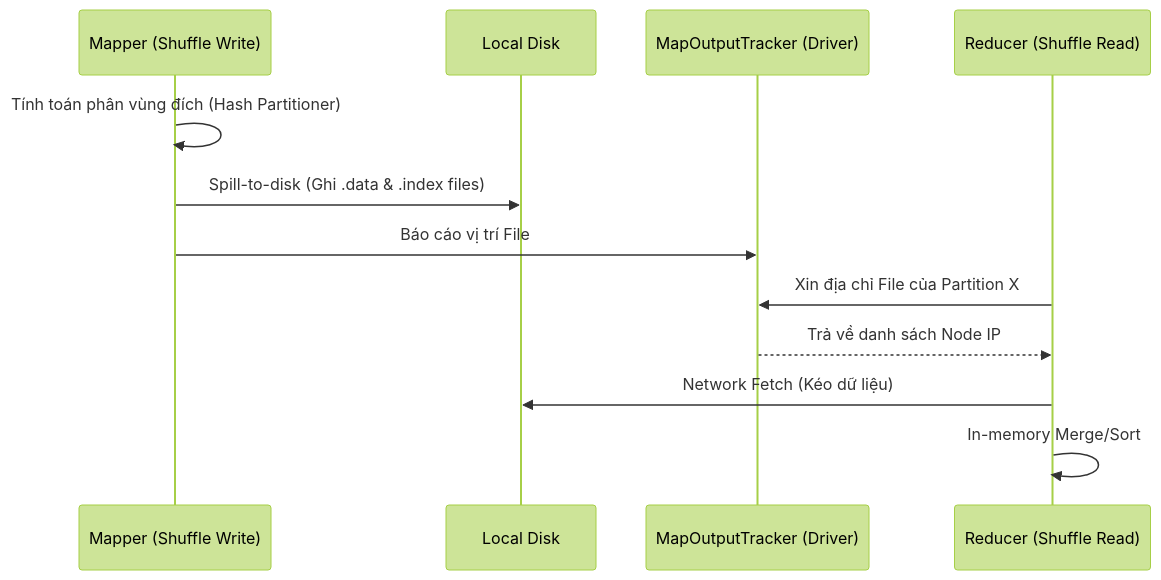
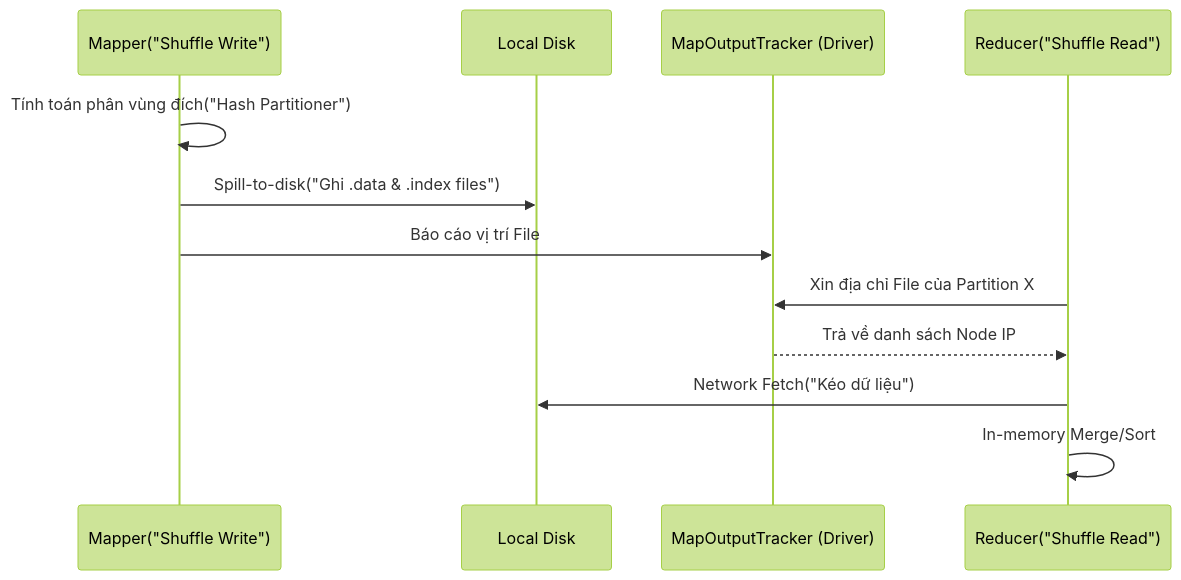
One commit to kythuatdulieu/kythuatdulieu.github.io changed the diagram in src/content/docs/concepts/4-compute-engines-batch/shuffle.md. Above: the diagram before and after it, drawn with Mermaid (forest theme). The commit also changed 190 other files, not shown here.

Commit message:
fix: resolve mermaid syntax, math rendering, and metadata issues from content rewrite

````diff
--- a/src/content/docs/concepts/4-compute-engines-batch/shuffle.md
+++ b/src/content/docs/concepts/4-compute-engines-batch/shuffle.md
@@ -22,15 +22,15 @@
 ```mermaid
 sequenceDiagram
-    participant M as Mapper (Shuffle Write)
+    participant M as Mapper("Shuffle Write")
     participant D as Local Disk
     participant T as MapOutputTracker (Driver)
-    participant R as Reducer (Shuffle Read)
+    participant R as Reducer("Shuffle Read")
     
-    M->>M: Tính toán phân vùng đích (Hash Partitioner)
-    M->>D: Spill-to-disk (Ghi .data & .index files)
+    M->>M: Tính toán phân vùng đích("Hash Partitioner")
+    M->>D: Spill-to-disk("Ghi .data & .index files")
     M->>T: Báo cáo vị trí File
     R->>T: Xin địa chỉ File của Partition X
     T-->>R: Trả về danh sách Node IP
-    R->>D: Network Fetch (Kéo dữ liệu)
+    R->>D: Network Fetch("Kéo dữ liệu")
     R->>R: In-memory Merge/Sort
 ```
````
